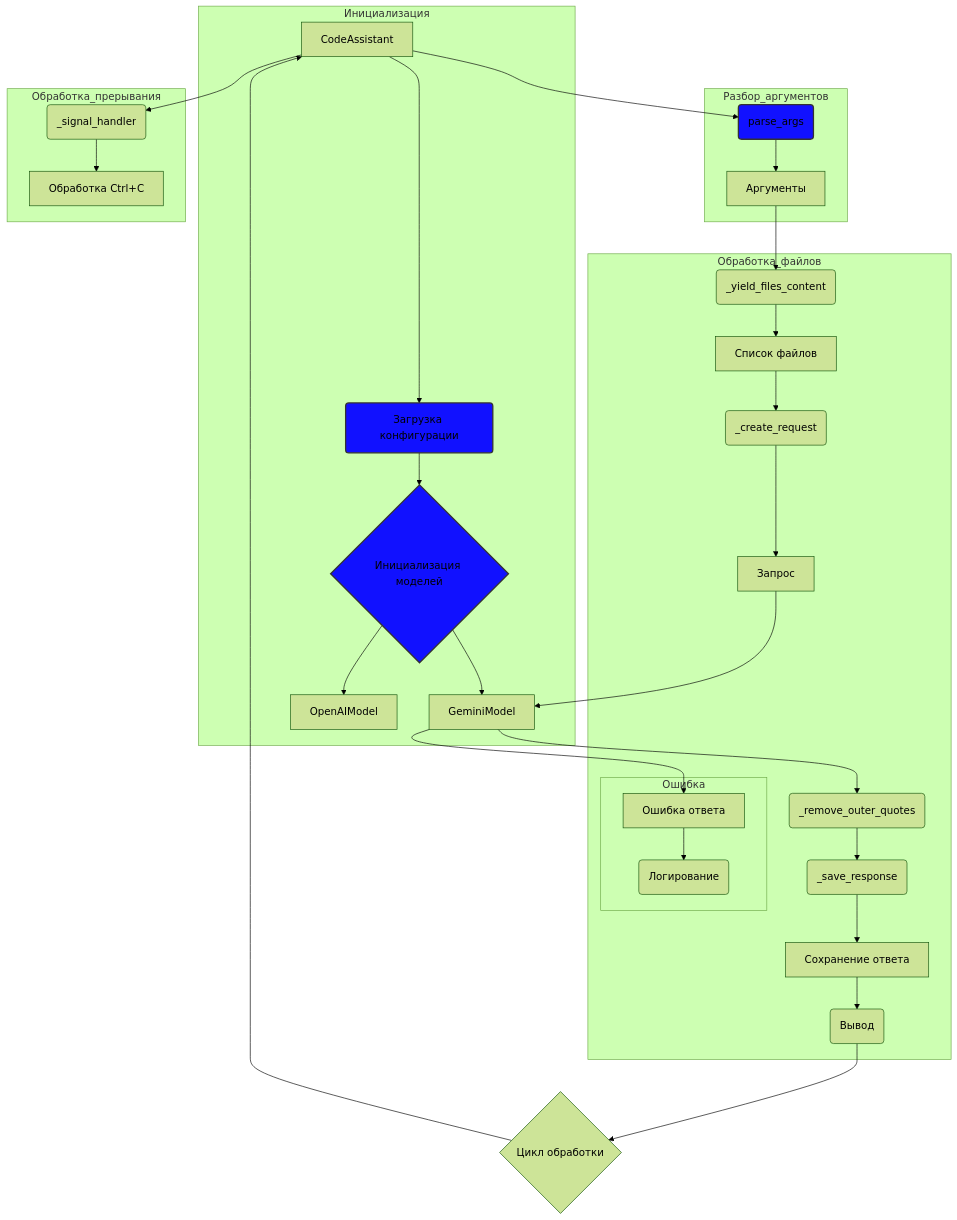
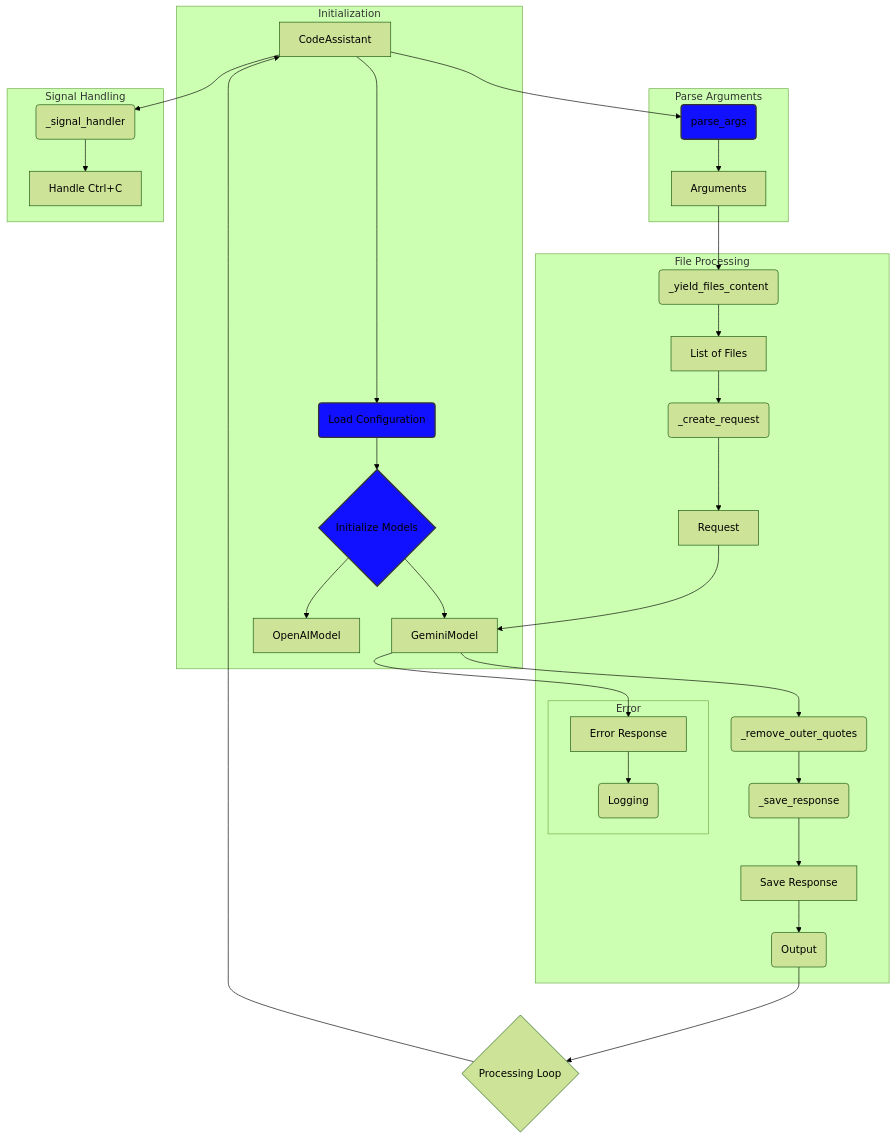
The diagram in docs/gemini/ru/explainer/src/endpoints/hypo69/code_assistant/assests/mmd/code_assistant.mmd.md (hypo69/hypo), drawn with Mermaid (forest theme) before and after one commit. The commit also changed other lines of this file and 98 other files, not shown here.

````diff
--- a/docs/gemini/ru/explainer/src/endpoints/hypo69/code_assistant/assests/mmd/code_assistant.mmd.md
+++ b/docs/gemini/ru/explainer/src/endpoints/hypo69/code_assistant/assests/mmd/code_assistant.mmd.md
@@ -53,44 +71,43 @@
 ```mermaid
-graph TD
-    subgraph Инициализация
-        codeAssistant[CodeAssistant] --> loadConfig(Загрузка конфигурации);
-        loadConfig --> initModels{Инициализация моделей};
-        initModels --> geminiModel[GeminiModel];
-        initModels --> openAIModel[OpenAIModel];
+flowchart TD
+    subgraph Initialization
+        codeAssistant[CodeAssistant] --> loadConfig(Load Configuration)
+        loadConfig --> initModels{Initialize Models}
+        initModels --> geminiModel[GeminiModel]
+        initModels --> openAIModel[OpenAIModel]
     end
     
-    subgraph Разбор_аргументов
-        codeAssistant --> parseArgs(parse_args);
-        parseArgs --> arguments[Аргументы];
+    subgraph Parse Arguments
+        codeAssistant --> parseArgs(parse_args)
+        parseArgs --> programArguments[Arguments]
     end
     
-    subgraph Обработка_файлов
-        arguments --> yieldFilesContent(_yield_files_content);
-        yieldFilesContent --> fileList[Список файлов];
-        fileList --> createRequest(_create_request);
-        createRequest --> request[Запрос];
-        request --> geminiModel;
-        geminiModel --> removeOuterQuotes(_remove_outer_quotes);
-        removeOuterQuotes --> saveResponse(_save_response);
-        saveResponse --> savedResponse[Сохранение ответа];
-        savedResponse --> output(Вывод);
-        
-        subgraph error [Ошибка]
-            geminiModel --> responseError[Ошибка ответа];
-            responseError --> logging(Логирование);
+    subgraph File Processing
+        programArguments --> yieldFilesContent(_yield_files_content)
+        yieldFilesContent --> listOfFiles[List of Files]
+        listOfFiles --> createRequest(_create_request)
+        createRequest --> request[Request]
+        request --> geminiModel
+        geminiModel --> removeOuterQuotes(_remove_outer_quotes)
+        removeOuterQuotes --> saveResponse(_save_response)
+        saveResponse --> saveOutput[Save Response]
+        saveOutput --> outputConsole(Output)
+
+        subgraph alt [Error]
+            geminiModel --> errorResponse[Error Response]
+            errorResponse --> logError(Logging)
         end
     end
     
-    subgraph Обработка_прерывания
-        codeAssistant --> signalHandler(_signal_handler);
-        signalHandler --> ctrlC[Обработка Ctrl+C];
+    subgraph Signal Handling
+        codeAssistant --> signalHandler(_signal_handler)
+        signalHandler --> handleCtrlC[Handle Ctrl+C]
     end
 
-    output --> processLoop{Цикл обработки};
-    processLoop --> codeAssistant;
-
-
+    outputConsole --> processingLoop{Processing Loop}
+    processingLoop --> codeAssistant
+    
     style loadConfig fill:#11f,stroke:#333,stroke-width:2px
     style initModels fill:#11f,stroke:#333,stroke-width:2px
     style parseArgs fill:#11f,stroke:#333,stroke-width:2px
 ```
````
